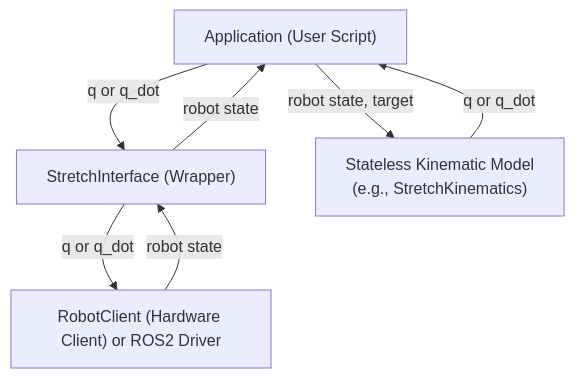
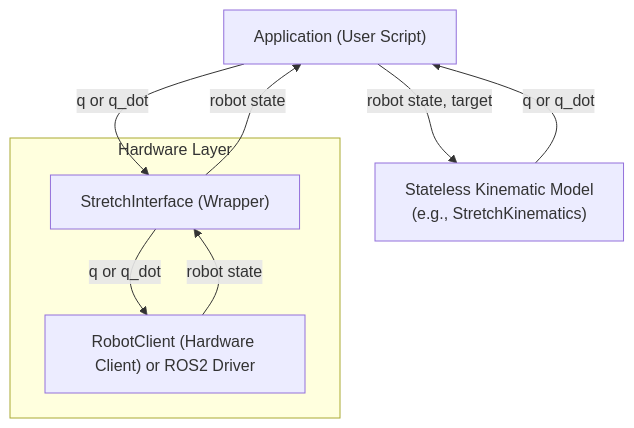
One commit to hello-robot/stretch4_kinematics changed the second of 2 diagrams in README.md. Above: the diagram before and after it, drawn with Mermaid. The commit also changed other lines of this file, not shown here.

````diff
--- a/README.md
+++ b/README.md
@@ -71,15 +74,18 @@
 ```mermaid
 graph TD
     App["Application (User Script)"]
-    IF["StretchInterface (Wrapper)"]
-    RC["RobotClient (Hardware Client) or ROS2 Driver"]
     Kin["Stateless Kinematic Model<br/>(e.g., StretchKinematics)"]
+
+    subgraph Hardware_Layer [Hardware Layer]
+        IF["StretchInterface (Wrapper)"]
+        RC["RobotClient (Hardware Client) or ROS2 Driver"]
+    end
 
     %% Data Flow
     RC -->|robot state| IF
     IF -->|robot state| App
     App -->|robot state, target| Kin
     Kin -->|q or q_dot| App
     App -->|q or q_dot| IF
     IF -->|q or q_dot| RC
 ```
````
